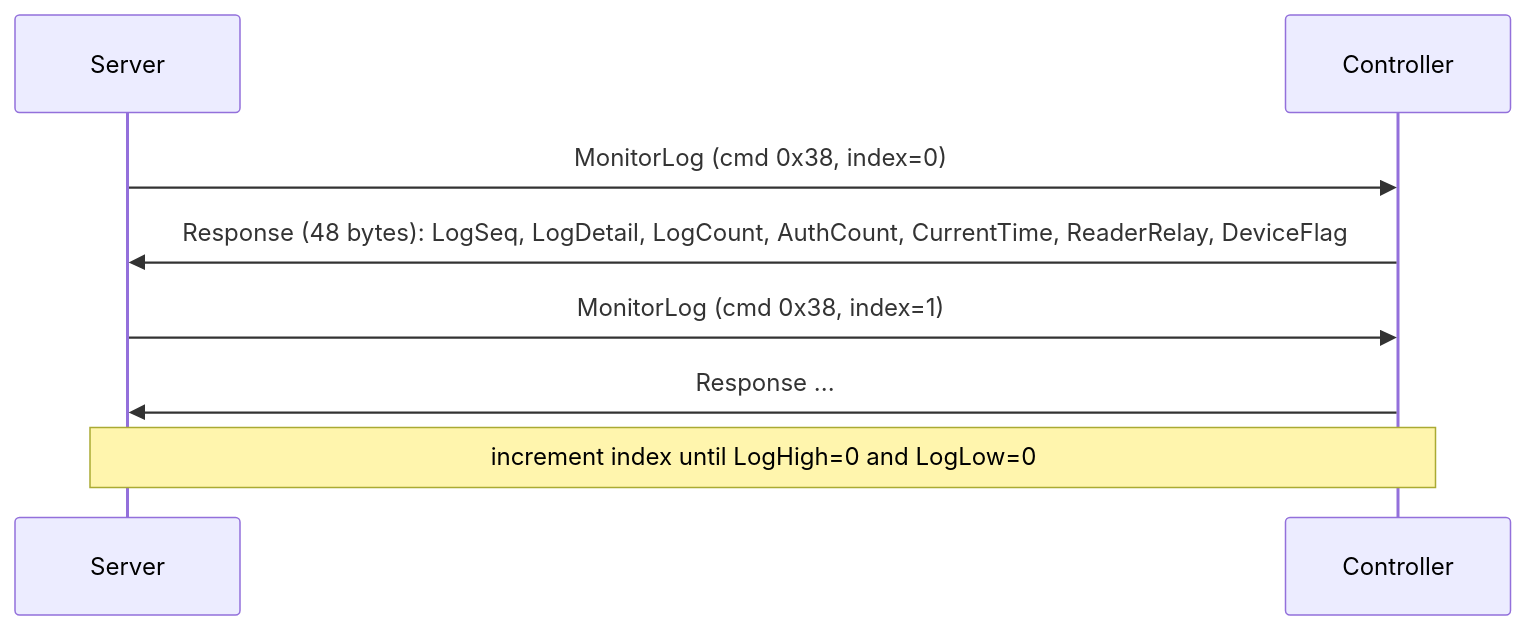
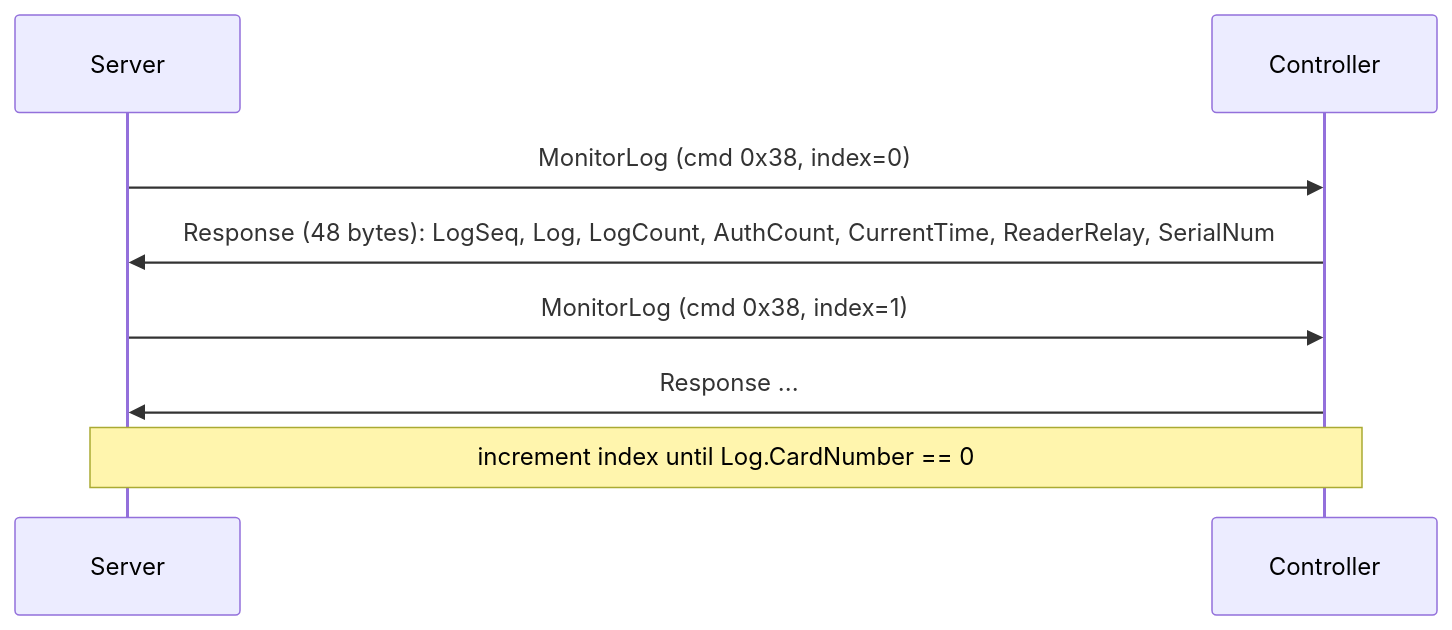
One commit to sonroyaalmerol/go-s4a changed the fourth of 4 diagrams in README.md. Above: the diagram before and after it, drawn with Mermaid. The commit also changed other lines of this file, not shown here.

````diff
--- a/README.md
+++ b/README.md
@@ -176,10 +176,10 @@
 ```mermaid
 sequenceDiagram
     participant S as Server
     participant C as Controller
     S->>C: MonitorLog (cmd 0x38, index=0)
-    C->>S: Response (48 bytes): LogSeq, LogDetail, LogCount, AuthCount, CurrentTime, ReaderRelay, DeviceFlag
+    C->>S: Response (48 bytes): LogSeq, Log, LogCount, AuthCount, CurrentTime, ReaderRelay, SerialNum
     S->>C: MonitorLog (cmd 0x38, index=1)
     C->>S: Response ...
-    Note over S,C: increment index until LogHigh=0 and LogLow=0
+    Note over S,C: increment index until Log.CardNumber == 0
 ```
````
